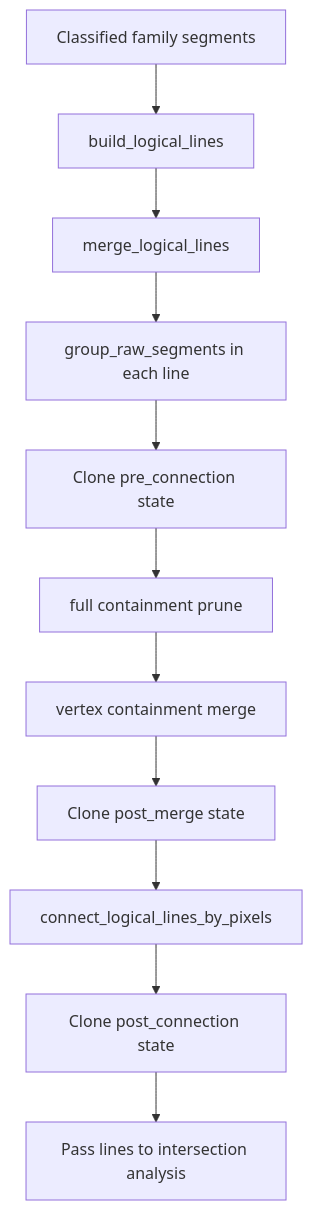
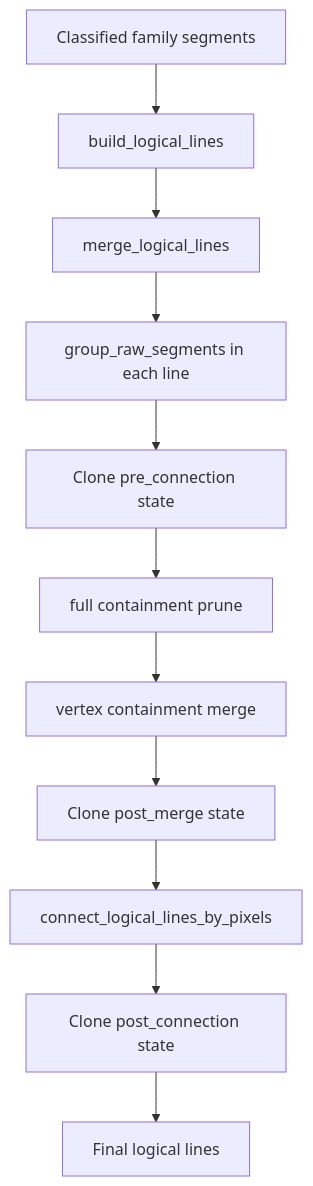
One commit to ML-Experts/sudoku changed the diagram in src/MachineLearning/draft/raw_line_family_only/documentation/logical_line_lifecycle.md. Above: the diagram before and after it, drawn with Mermaid. The commit also changed other lines of this file and 41 other files, not shown here.

````diff
--- a/src/MachineLearning/draft/raw_line_family_only/documentation/logical_line_lifecycle.md
+++ b/src/MachineLearning/draft/raw_line_family_only/documentation/logical_line_lifecycle.md
@@ -69,13 +70,13 @@
 ```mermaid
 flowchart TD
     familySegments[Classified family segments] --> buildLines[build_logical_lines]
     buildLines --> mergeLines[merge_logical_lines]
     mergeLines --> groupRaw[group_raw_segments in each line]
     groupRaw --> savePre[Clone pre_connection state]
     savePre --> fullContainment[full containment prune]
     fullContainment --> vertexMerge[vertex containment merge]
     vertexMerge --> savePostMerge[Clone post_merge state]
     savePostMerge --> pixelConnect[connect_logical_lines_by_pixels]
     pixelConnect --> savePost[Clone post_connection state]
-    savePost --> handoff[Pass lines to intersection analysis]
+    savePost --> finalLines[Final logical lines]
 ```
````
